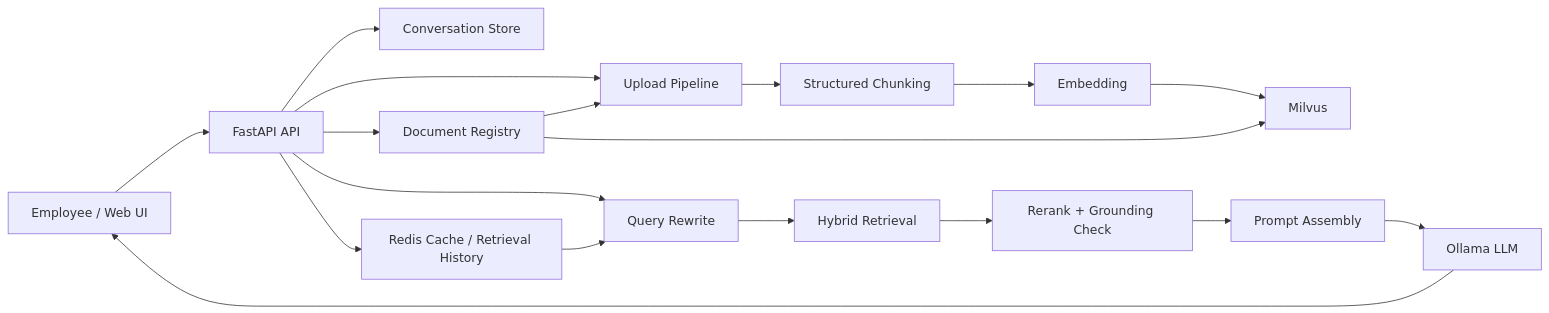
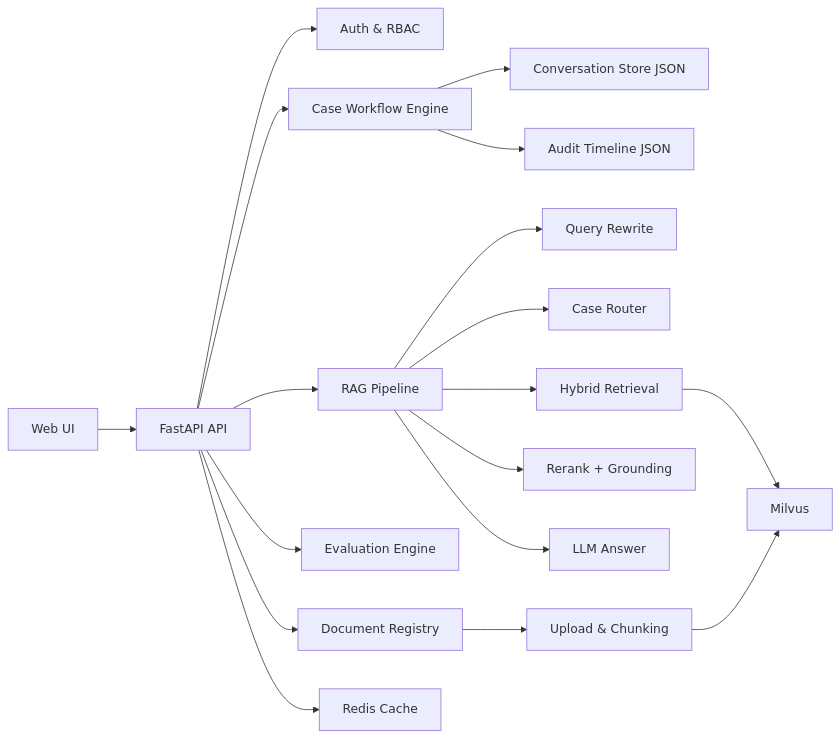
Before and after one commit to Koala-la-la/AI-RAG-System: the diagram in README.md, drawn with Mermaid. The commit also changed other lines of this file, not shown here.

Commit message:
docs: rewrite Chinese README for enterprise case-workflow architecture

````diff
--- a/README.md
+++ b/README.md
@@ -49,23 +73,25 @@
 ```mermaid
 flowchart LR
-    A["Employee / Web UI"] --> B["FastAPI API"]
-    B --> C["Upload Pipeline"]
-    C --> D["Structured Chunking"]
-    D --> E["Embedding"]
-    E --> F["Milvus"]
+    A[Web UI] --> B[FastAPI API]
 
-    B --> G["Conversation Store"]
-    B --> H["Query Rewrite"]
-    H --> I["Hybrid Retrieval"]
-    I --> J["Rerank + Grounding Check"]
-    J --> K["Prompt Assembly"]
-    K --> L["Ollama LLM"]
-    L --> A
+    B --> C[Auth & RBAC]
+    B --> D[Case Workflow Engine]
+    B --> E[RAG Pipeline]
+    B --> F[Evaluation Engine]
 
-    B --> M["Redis Cache / Retrieval History"]
-    M --> H
+    D --> G[Conversation Store JSON]
+    D --> H[Audit Timeline JSON]
 
-    B --> N["Document Registry"]
-    N --> C
-    N --> F
+    E --> I[Query Rewrite]
+    E --> J[Case Router]
+    E --> K[Hybrid Retrieval]
+    K --> L[Milvus]
+    E --> M[Rerank + Grounding]
+    E --> N[LLM Answer]
+
+    B --> O[Document Registry]
+    O --> P[Upload & Chunking]
+    P --> L
+
+    B --> Q[Redis Cache]
 ```
````
